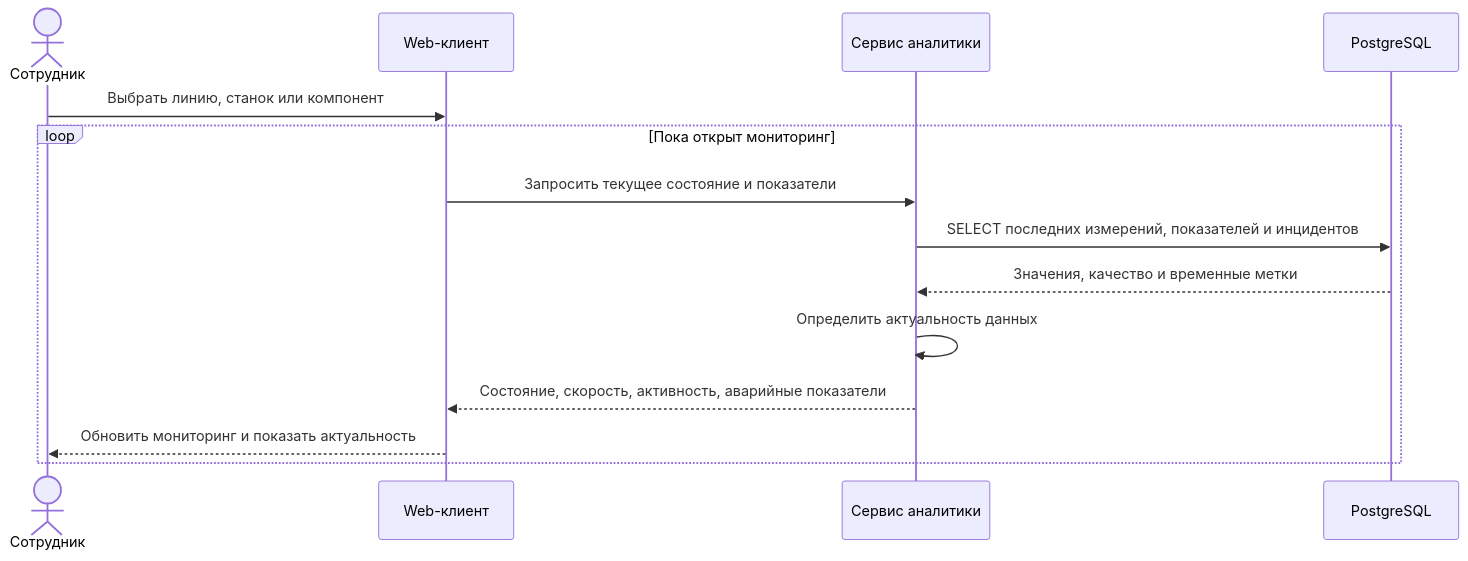
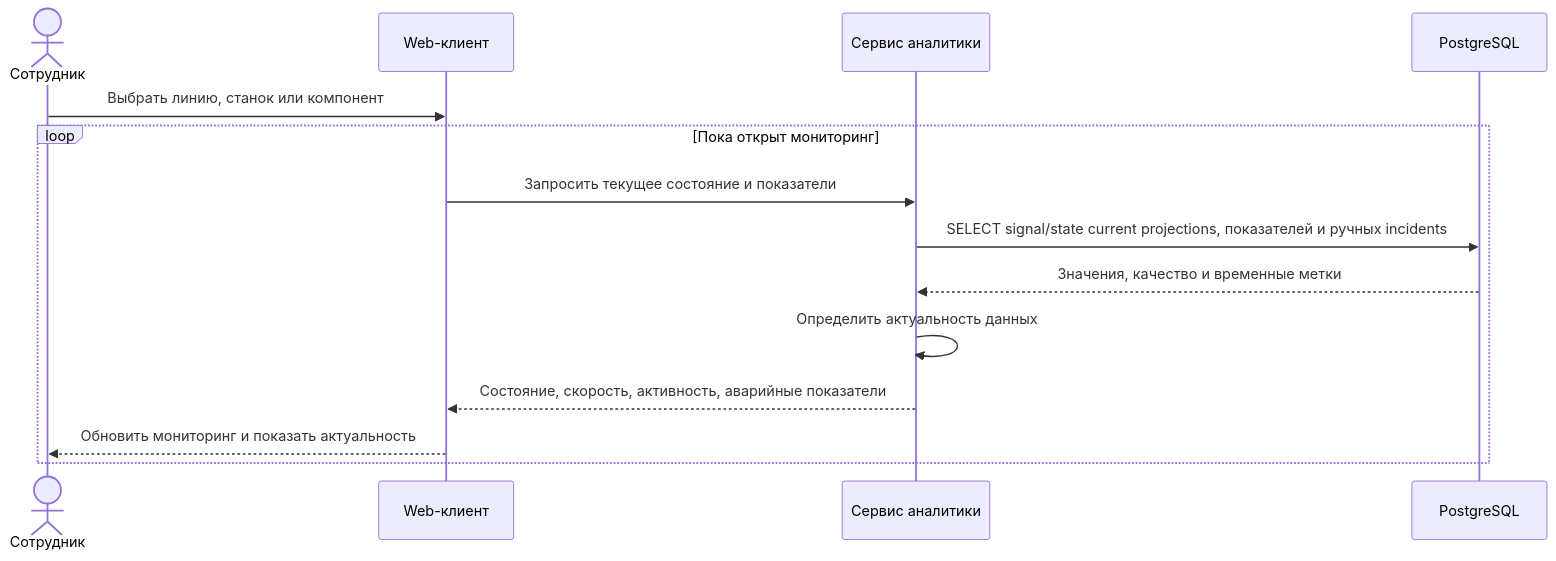
Before and after one commit to FKIT-BI/fkit-bi-infra: the fourth of 8 diagrams in docs/architecture/fkit-bi-architecture.md, drawn with Mermaid. The commit also changed other lines of this file and 11 other files, not shown here.

````diff
--- a/docs/architecture/fkit-bi-architecture.md
+++ b/docs/architecture/fkit-bi-architecture.md
@@ -193,16 +192,16 @@
 ```mermaid
 sequenceDiagram
     actor U as Сотрудник
     participant W as Web-клиент
     participant B as Сервис аналитики
     participant D as PostgreSQL
     U->>W: Выбрать линию, станок или компонент
     loop Пока открыт мониторинг
         W->>B: Запросить текущее состояние и показатели
-        B->>D: SELECT последних измерений, показателей и инцидентов
+        B->>D: SELECT signal/state current projections, показателей и ручных incidents
         D-->>B: Значения, качество и временные метки
         B->>B: Определить актуальность данных
         B-->>W: Состояние, скорость, активность, аварийные показатели
         W-->>U: Обновить мониторинг и показать актуальность
     end
 ```
````
